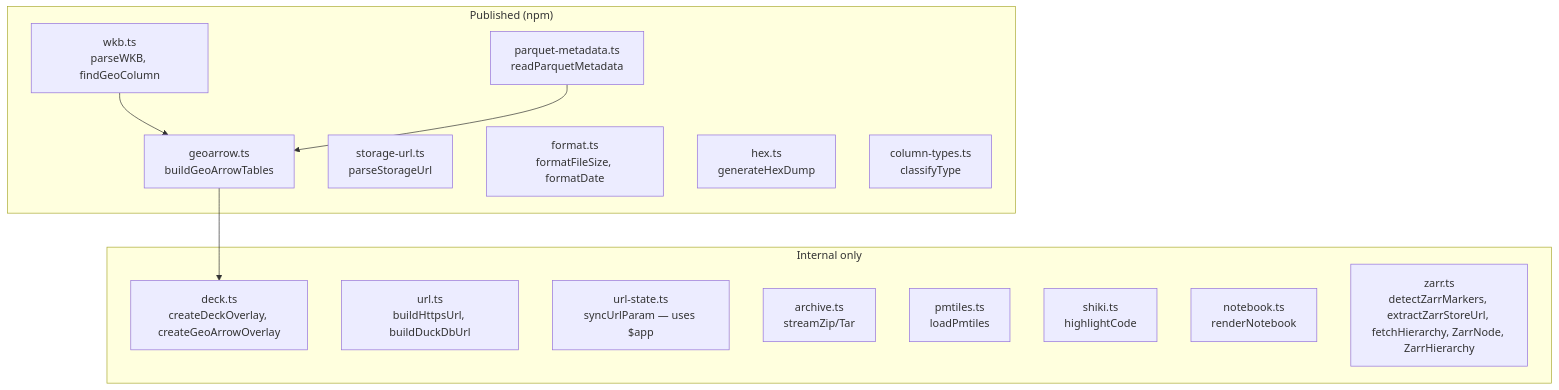
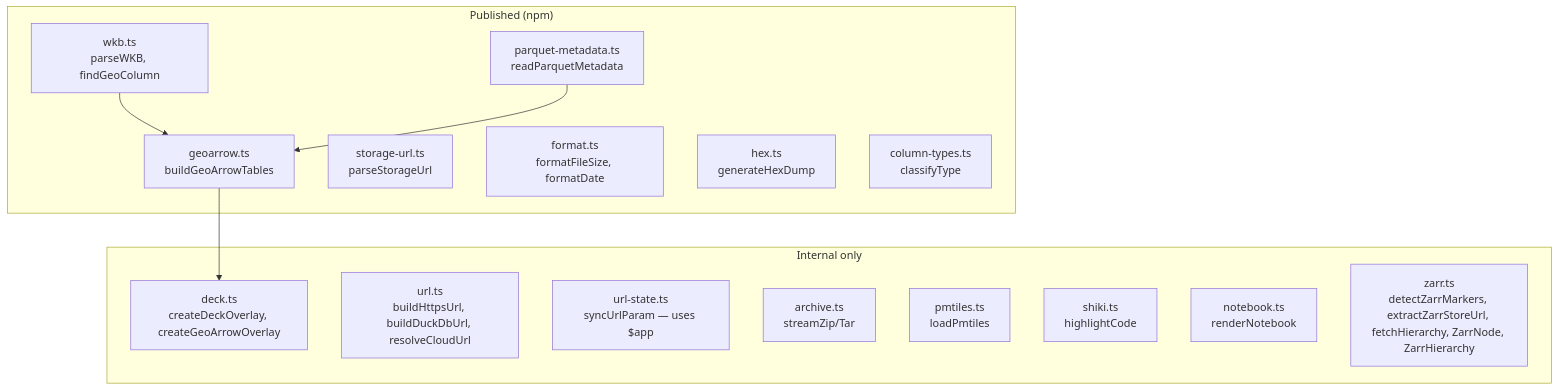
The diagram in src/lib/utils/CLAUDE.md (walkthru-earth/objex), drawn with Mermaid before and after one commit. The commit also changed other lines of this file and 5 other files, not shown here.

First line of the commit message:
fix: non-consolidated v3 Zarr discovery, cloud URL resolution, and map mode filtering

````diff
--- a/src/lib/utils/CLAUDE.md
+++ b/src/lib/utils/CLAUDE.md
@@ -5,25 +5,25 @@
 ```mermaid
 graph TD
     subgraph "Published (npm)"
         WKB[wkb.ts<br/>parseWKB, findGeoColumn]
         GA[geoarrow.ts<br/>buildGeoArrowTables]
         SU[storage-url.ts<br/>parseStorageUrl]
         PM[parquet-metadata.ts<br/>readParquetMetadata]
         FMT[format.ts<br/>formatFileSize, formatDate]
         HEX[hex.ts<br/>generateHexDump]
         CT[column-types.ts<br/>classifyType]
     end
     subgraph "Internal only"
         DECK[deck.ts<br/>createDeckOverlay, createGeoArrowOverlay]
-        URL[url.ts<br/>buildHttpsUrl, buildDuckDbUrl]
+        URL[url.ts<br/>buildHttpsUrl, buildDuckDbUrl, resolveCloudUrl]
         US[url-state.ts<br/>syncUrlParam — uses $app]
         ARC[archive.ts<br/>streamZip/Tar]
         PMT[pmtiles.ts<br/>loadPmtiles]
         SHIKI[shiki.ts<br/>highlightCode]
         NB[notebook.ts<br/>renderNotebook]
         ZARR[zarr.ts<br/>detectZarrMarkers, extractZarrStoreUrl, fetchHierarchy, ZarrNode, ZarrHierarchy]
     end
     WKB --> GA
     PM --> GA
     GA --> DECK
 ```
````
